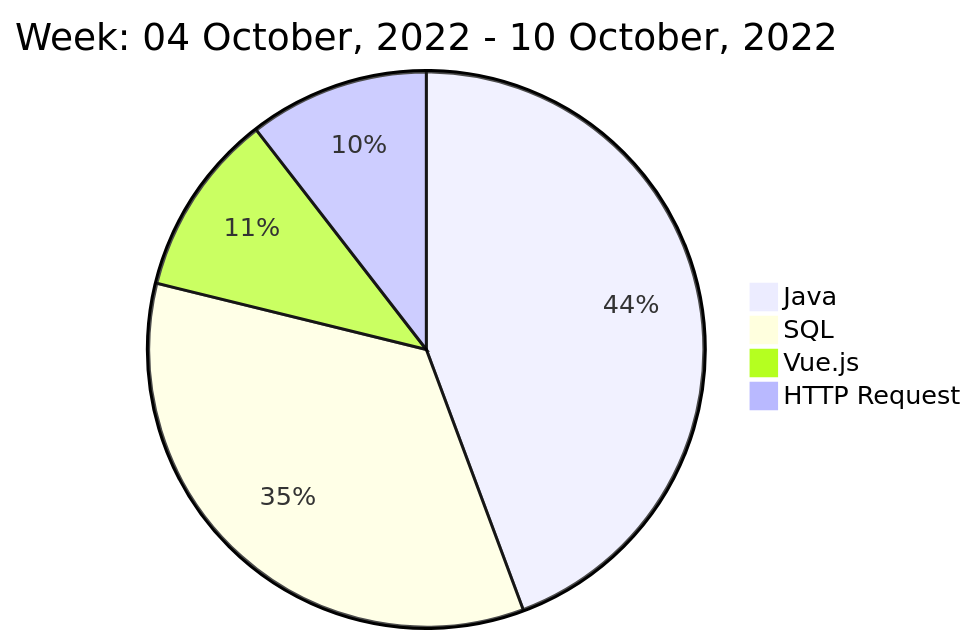
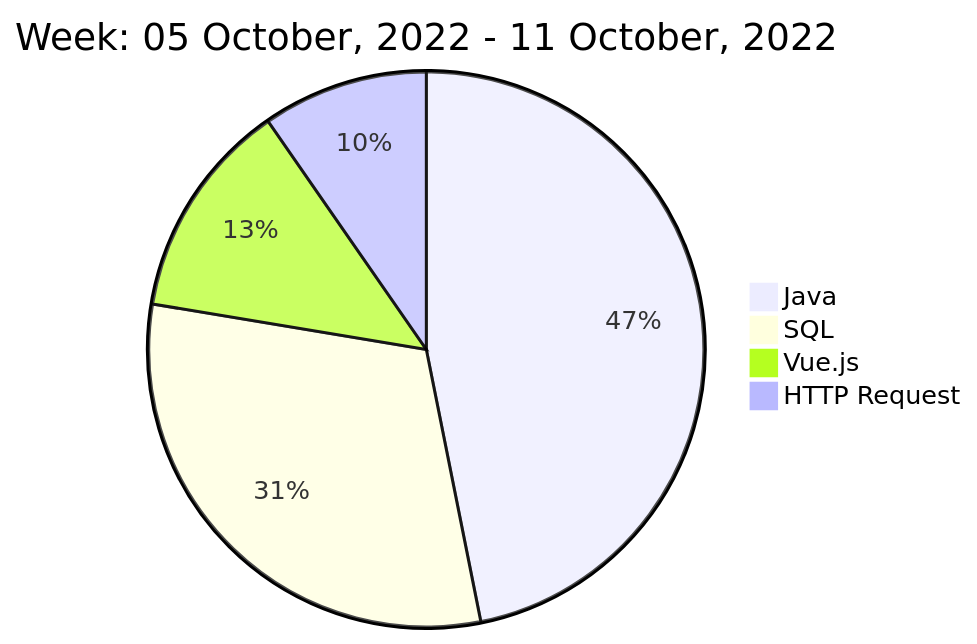
Before and after one commit to liubin95/liubin95: the diagram in README.md, drawn with Mermaid.

Commit message:
Updated the Graph with new Metrics

````diff
--- a/README.md
+++ b/README.md
@@ -40,8 +40,8 @@
 ```mermaid
  pie
-title Week: 04 October, 2022 - 10 October, 2022
- "Java" : 4.65
- "SQL" : 3.62
- "Vue.js" : 1.12
- "HTTP Request" : 1.1
+title Week: 05 October, 2022 - 11 October, 2022
+ "Java" : 6.7
+ "SQL" : 4.4
+ "Vue.js" : 1.82
+ "HTTP Request" : 1.38
 ```
````
